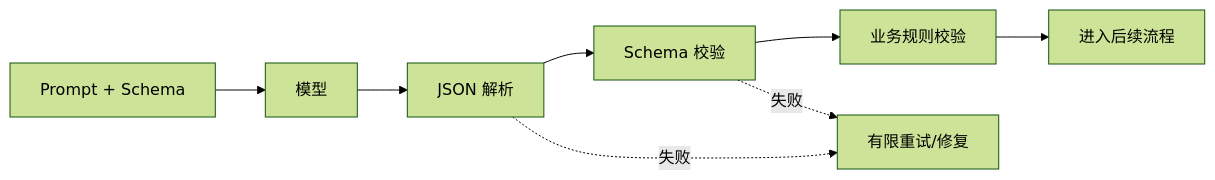
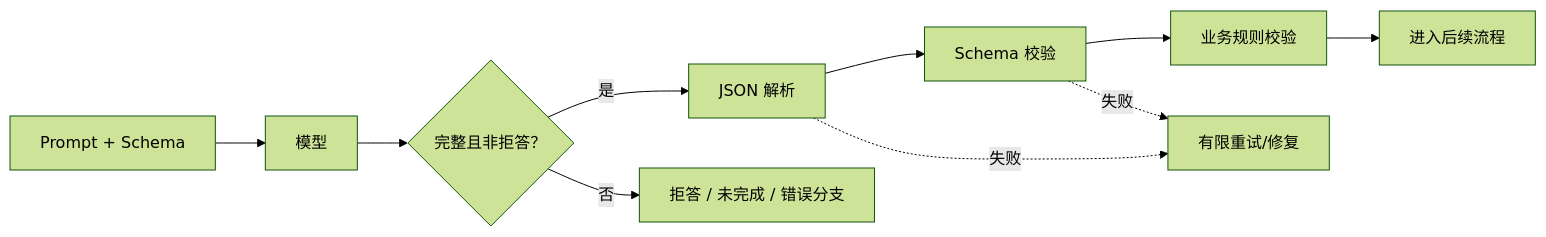
One commit to yuyangjian-ai/ai-agent-learning-vault changed the diagram in 01-基础/02-Prompt 与结构化输出.md. Above: the diagram before and after it, drawn with Mermaid (forest theme). The commit also changed other lines of this file and 62 other files, not shown here.

````diff
--- a/01-基础/02-Prompt 与结构化输出.md
+++ b/01-基础/02-Prompt 与结构化输出.md
@@ -105,10 +140,12 @@
 ```mermaid
 flowchart LR
     Prompt["Prompt + Schema"] --> Model["模型"]
-    Model --> Parse["JSON 解析"]
+    Model --> Status{"完整且非拒答？"}
+    Status -->|是| Parse["JSON 解析"]
+    Status -->|否| Stop["拒答 / 未完成 / 错误分支"]
     Parse --> Validate["Schema 校验"]
     Validate --> Business["业务规则校验"]
     Business --> Use["进入后续流程"]
     Parse -.失败.-> Repair["有限重试/修复"]
     Validate -.失败.-> Repair
 ```
````
